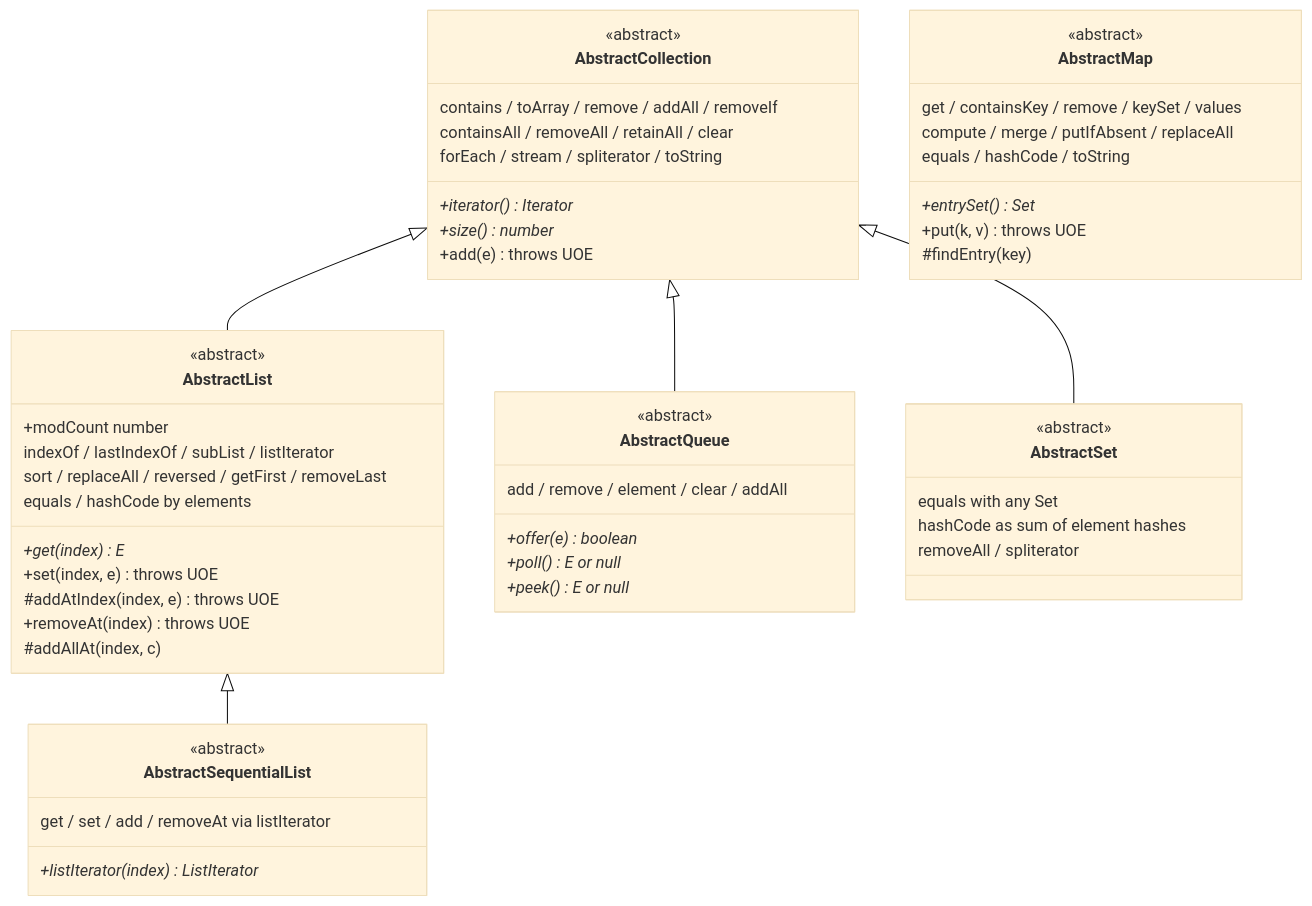
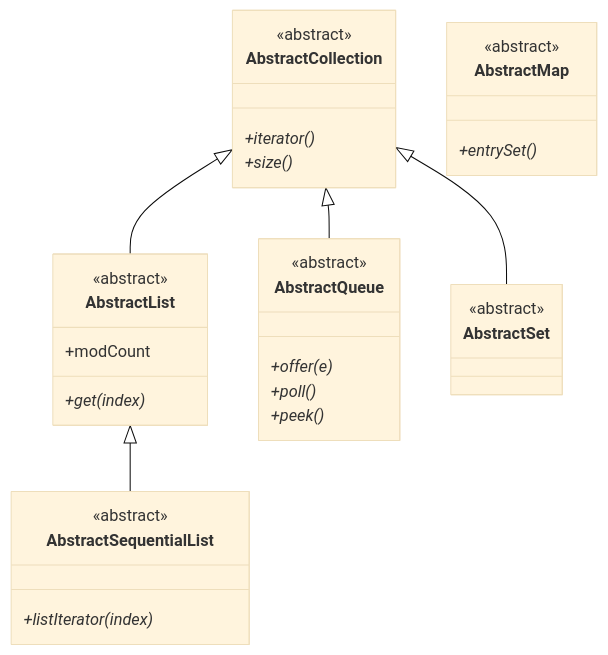
The diagram in docs/advanced/custom-collections.md (ylcnfrht/collections), drawn with Mermaid (base theme) before and after one commit. The commit also changed other lines of this file and 25 other files, not shown here.

First line of the commit message:
Docs: professional revision, landing page, 35 diagrams down to 5

````diff
--- a/docs/advanced/custom-collections.md
+++ b/docs/advanced/custom-collections.md
@@ -24,55 +9,34 @@
 ```mermaid
 classDiagram
   class AbstractCollection {
     <<abstract>>
-    +iterator()* Iterator
-    +size()* number
-    +add(e) throws UOE
-    contains / toArray / remove / addAll / removeIf
-    containsAll / removeAll / retainAll / clear
-    forEach / stream / spliterator / toString
+    +iterator()*
+    +size()*
   }
   class AbstractList {
     <<abstract>>
-    +modCount number
-    +get(index)* E
-    +set(index, e) throws UOE
-    #addAtIndex(index, e) throws UOE
-    +removeAt(index) throws UOE
-    #addAllAt(index, c)
-    indexOf / lastIndexOf / subList / listIterator
-    sort / replaceAll / reversed / getFirst / removeLast
-    equals / hashCode by elements
+    +get(index)*
+    +modCount
   }
   class AbstractSequentialList {
     <<abstract>>
-    +listIterator(index)* ListIterator
-    get / set / add / removeAt via listIterator
+    +listIterator(index)*
   }
   class AbstractQueue {
     <<abstract>>
-    +offer(e)* boolean
-    +poll()* E or null
-    +peek()* E or null
-    add / remove / element / clear / addAll
+    +offer(e)*
+    +poll()*
+    +peek()*
   }
   class AbstractSet {
     <<abstract>>
-    equals with any Set
-    hashCode as sum of element hashes
-    removeAll / spliterator
   }
   class AbstractMap {
     <<abstract>>
-    +entrySet()* Set
-    +put(k, v) throws UOE
-    #findEntry(key)
-    get / containsKey / remove / keySet / values
-    compute / merge / putIfAbsent / replaceAll
-    equals / hashCode / toString
+    +entrySet()*
   }
   AbstractCollection <|-- AbstractList
   AbstractList <|-- AbstractSequentialList
   AbstractCollection <|-- AbstractQueue
   AbstractCollection <|-- AbstractSet
 ```
````
